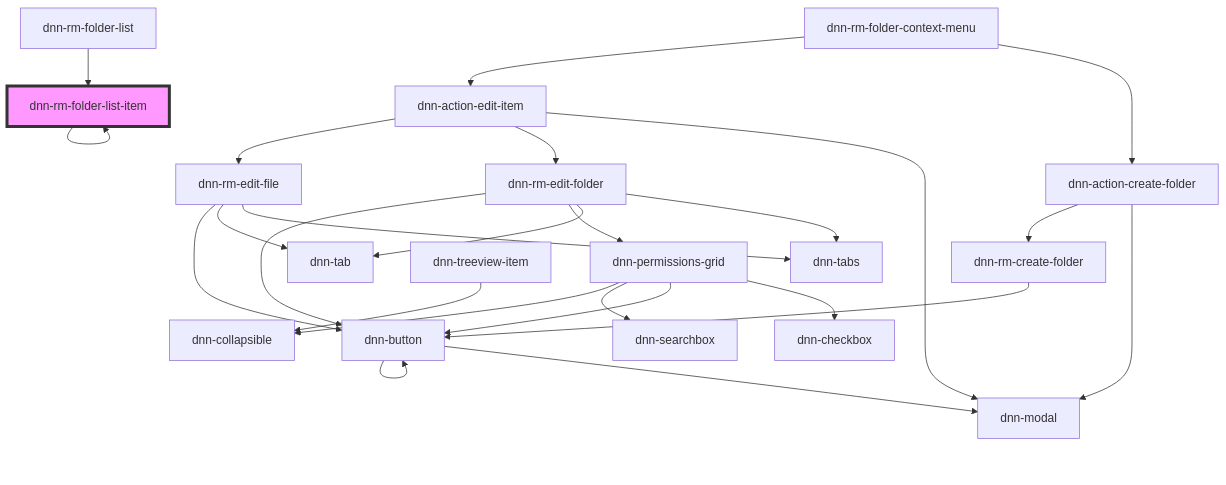
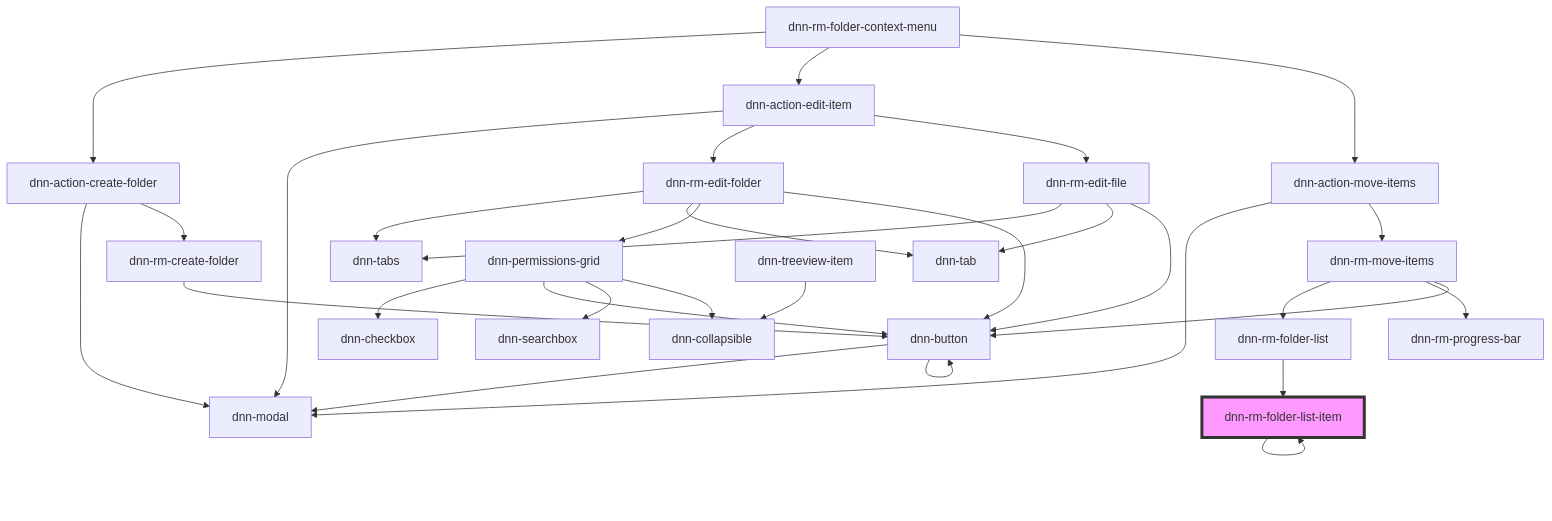
One commit to dnnsoftware/Dnn.Platform changed the diagram in DNN Platform/Modules/ResourceManager/ResourceManager.Web/src/components/dnn-rm-folder-list-item/readme.md. Above: the diagram before and after it, drawn with Mermaid. The commit also changed other lines of this file and 29 other files, not shown here.

First line of the commit message:
Implemented item move feature

````diff
--- a/DNN Platform/Modules/ResourceManager/ResourceManager.Web/src/components/dnn-rm-folder-list-item/readme.md
+++ b/DNN Platform/Modules/ResourceManager/ResourceManager.Web/src/components/dnn-rm-folder-list-item/readme.md
@@ -39,28 +41,34 @@
 ```mermaid
 graph TD;
   dnn-rm-folder-list-item --> dnn-rm-folder-list-item
   dnn-rm-folder-context-menu --> dnn-action-create-folder
   dnn-rm-folder-context-menu --> dnn-action-edit-item
+  dnn-rm-folder-context-menu --> dnn-action-move-items
   dnn-action-create-folder --> dnn-modal
   dnn-action-create-folder --> dnn-rm-create-folder
   dnn-rm-create-folder --> dnn-button
   dnn-button --> dnn-modal
   dnn-button --> dnn-button
   dnn-action-edit-item --> dnn-modal
   dnn-action-edit-item --> dnn-rm-edit-folder
   dnn-action-edit-item --> dnn-rm-edit-file
   dnn-rm-edit-folder --> dnn-tabs
   dnn-rm-edit-folder --> dnn-tab
   dnn-rm-edit-folder --> dnn-permissions-grid
   dnn-rm-edit-folder --> dnn-button
   dnn-permissions-grid --> dnn-checkbox
   dnn-permissions-grid --> dnn-button
   dnn-permissions-grid --> dnn-searchbox
   dnn-permissions-grid --> dnn-collapsible
   dnn-rm-edit-file --> dnn-tabs
   dnn-rm-edit-file --> dnn-tab
   dnn-rm-edit-file --> dnn-button
+  dnn-action-move-items --> dnn-modal
+  dnn-action-move-items --> dnn-rm-move-items
+  dnn-rm-move-items --> dnn-rm-folder-list
+  dnn-rm-move-items --> dnn-rm-progress-bar
+  dnn-rm-move-items --> dnn-button
+  dnn-rm-folder-list --> dnn-rm-folder-list-item
   dnn-treeview-item --> dnn-collapsible
-  dnn-rm-folder-list --> dnn-rm-folder-list-item
   style dnn-rm-folder-list-item fill:#f9f,stroke:#333,stroke-width:4px
 ```
````
